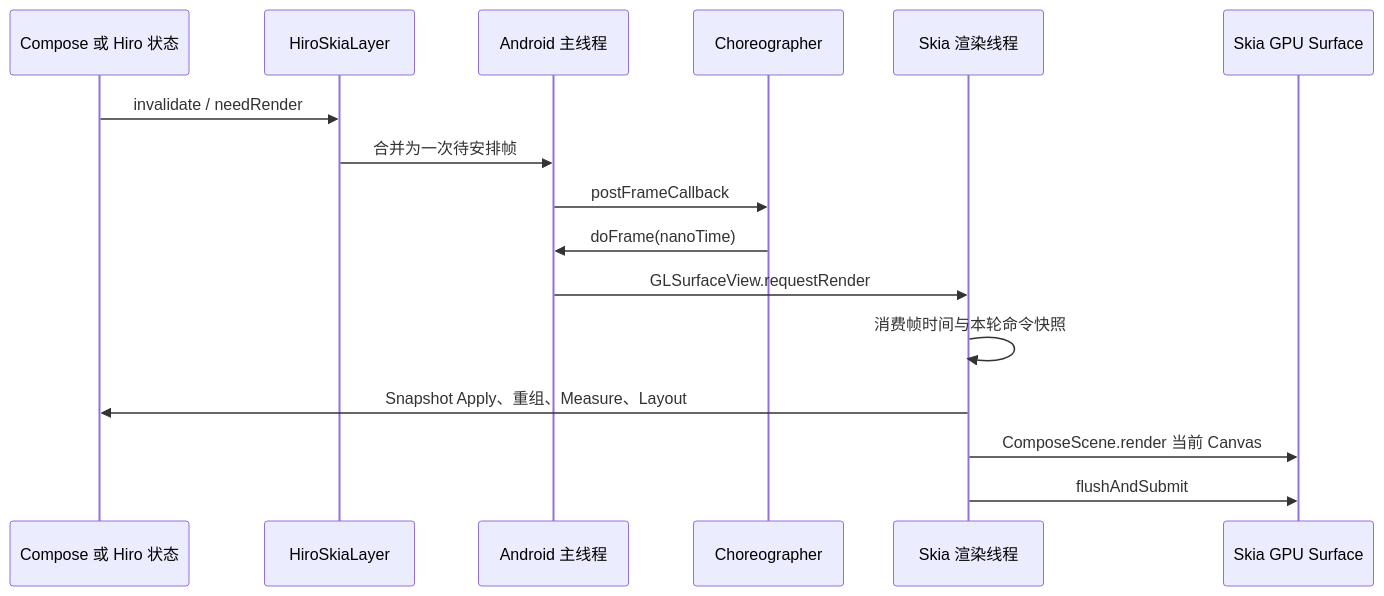
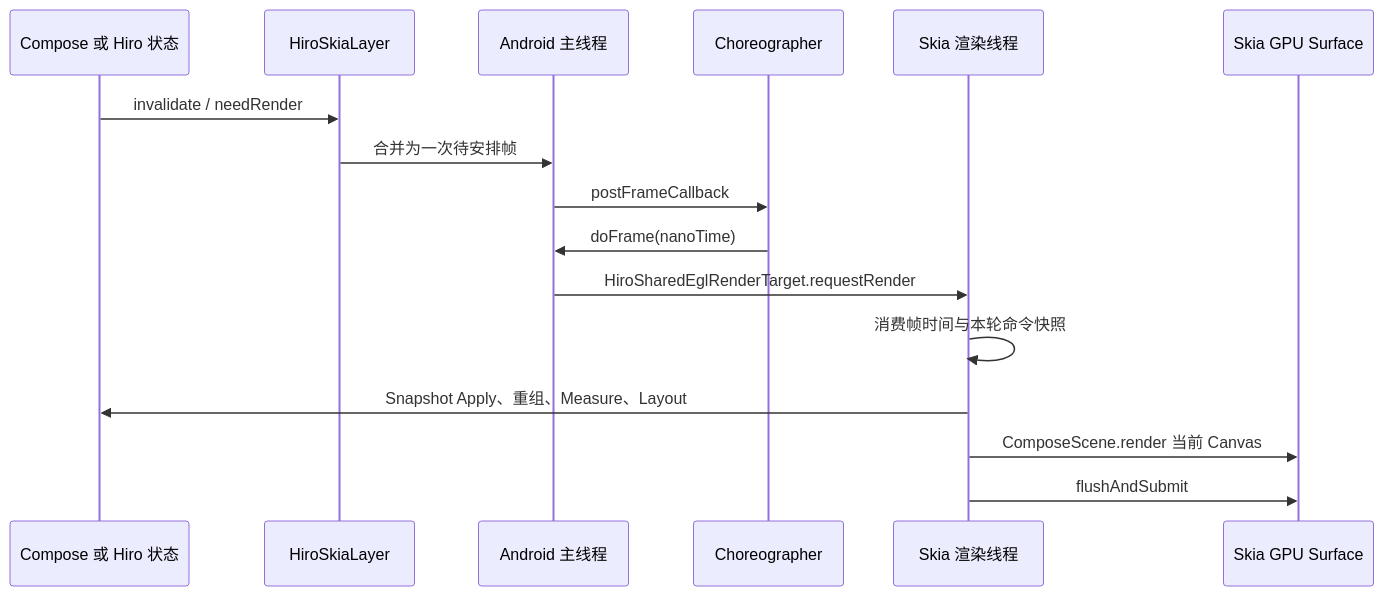
Before and after one commit to EarzuChan/Hiro: the eighth of 12 diagrams in docs/hiro-compose-arch.md, drawn with Mermaid. The commit also changed other lines of this file and 2 other files, not shown here.

````diff
--- a/docs/hiro-compose-arch.md
+++ b/docs/hiro-compose-arch.md
@@ -337,19 +343,19 @@
 ```mermaid
 sequenceDiagram
     participant Compose as Compose 或 Hiro 状态
     participant Layer as HiroSkiaLayer
     participant Main as Android 主线程
     participant Choreographer as Choreographer
     participant Render as Skia 渲染线程
     participant GPU as Skia GPU Surface
 
     Compose->>Layer: invalidate / needRender
     Layer->>Main: 合并为一次待安排帧
     Main->>Choreographer: postFrameCallback
     Choreographer->>Main: doFrame(nanoTime)
-    Main->>Render: GLSurfaceView.requestRender
+    Main->>Render: HiroSharedEglRenderTarget.requestRender
     Render->>Render: 消费帧时间与本轮命令快照
     Render->>Compose: Snapshot Apply、重组、Measure、Layout
     Render->>GPU: ComposeScene.render 当前 Canvas
     Render->>GPU: flushAndSubmit
 ```
````
